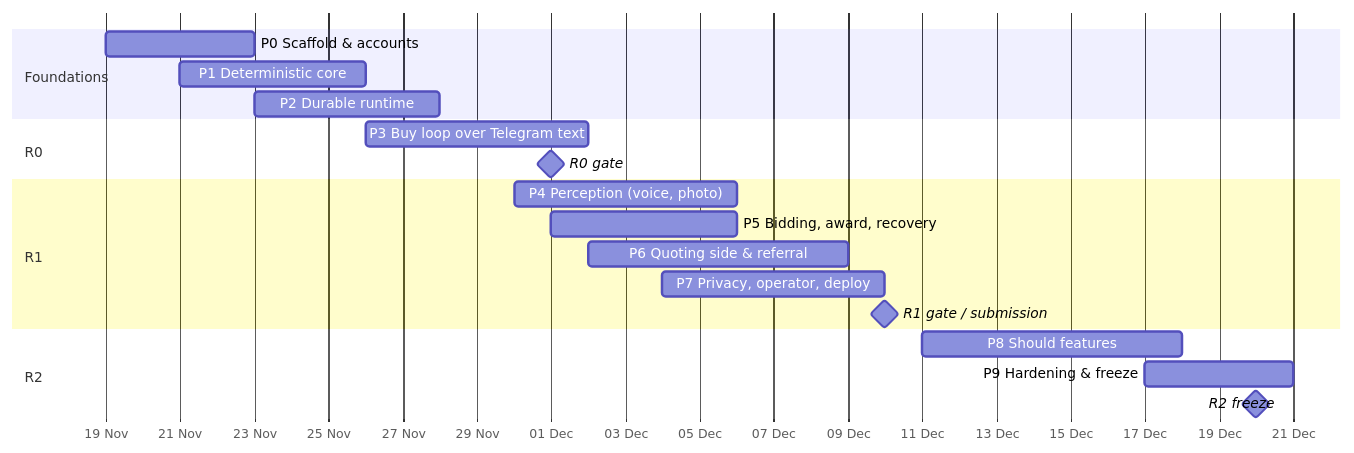
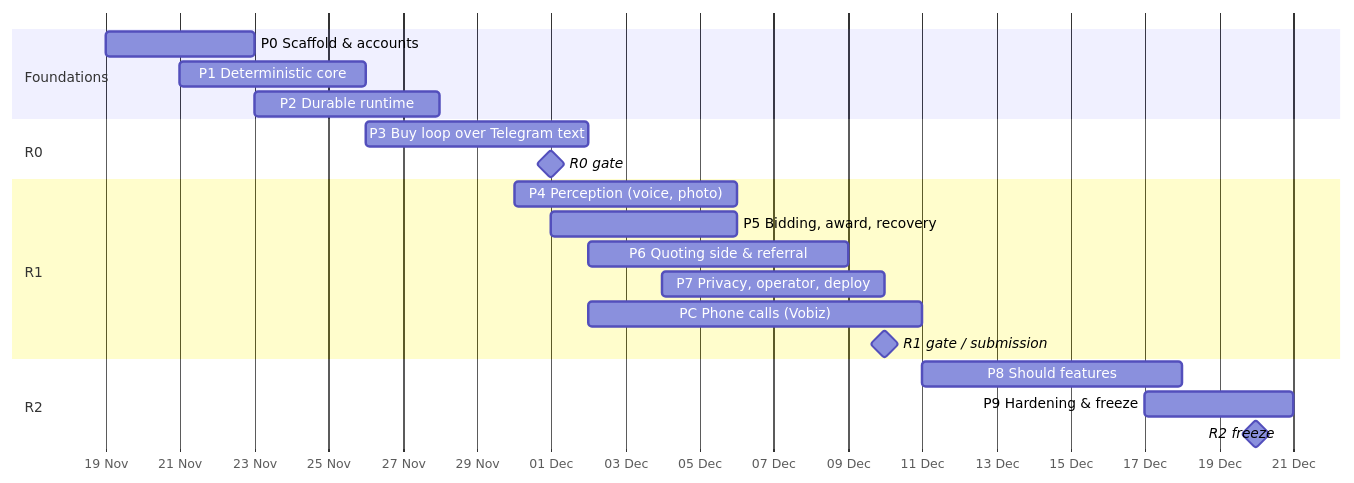
Before and after one commit to TharunMurugesh/handel: the diagram in docs/04-implementation-plan.md, drawn with Mermaid. The commit also changed other lines of this file and 3 other files, not shown here.

First line of the commit message:
Docs v0.2: Claude API, Sarvam and Vobiz phone calls

````diff
--- a/docs/04-implementation-plan.md
+++ b/docs/04-implementation-plan.md
@@ -34,22 +36,23 @@
 ```mermaid
 gantt
     dateFormat  YYYY-MM-DD
     axisFormat  %d %b
     section Foundations
     P0 Scaffold & accounts          :p0, 2026-11-19, 4d
     P1 Deterministic core           :p1, 2026-11-21, 5d
     P2 Durable runtime              :p2, 2026-11-23, 5d
     section R0
     P3 Buy loop over Telegram text  :p3, 2026-11-26, 6d
     R0 gate                         :milestone, 2026-12-01, 0d
     section R1
     P4 Perception (voice, photo)    :p4, 2026-11-30, 6d
     P5 Bidding, award, recovery     :p5, 2026-12-01, 5d
     P6 Quoting side & referral      :p6, 2026-12-02, 7d
     P7 Privacy, operator, deploy    :p7, 2026-12-04, 6d
+    PC Phone calls (Vobiz)          :pc, 2026-12-02, 9d
     R1 gate / submission            :milestone, 2026-12-10, 0d
     section R2
     P8 Should features              :p8, 2026-12-11, 7d
     P9 Hardening & freeze           :p9, 2026-12-17, 4d
     R2 freeze                       :milestone, 2026-12-20, 0d
 ```
````
